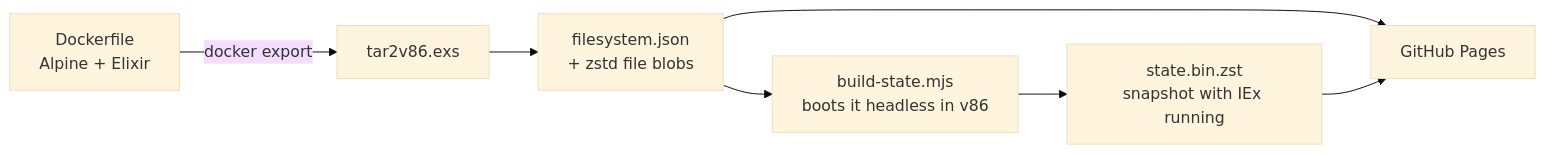
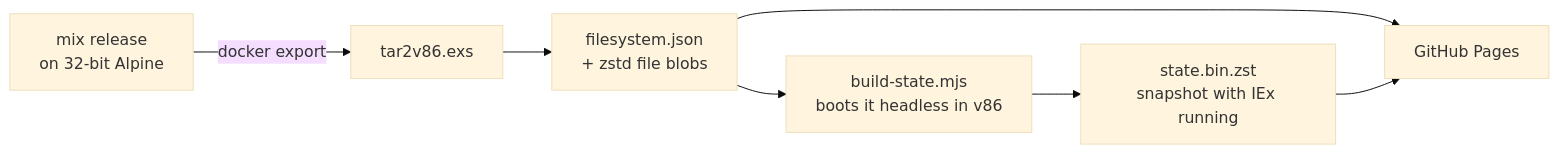
The diagram in README.md (filipecabaco/iex_wasm), drawn with Mermaid (base theme) before and after one commit. The commit also changed other lines of this file and 28 other files, not shown here.

Commit message:
Package the pipeline as beam_box: mix beam_box.build turns any release into a static v86 site

````diff
--- a/README.md
+++ b/README.md
@@ -33,9 +33,9 @@
 ```mermaid
 flowchart LR
-    D[Dockerfile<br/>Alpine + Elixir] -->|docker export| T[tar2v86.exs]
+    D[mix release<br/>on 32-bit Alpine] -->|docker export| T[tar2v86.exs]
     T --> FS[filesystem.json<br/>+ zstd file blobs]
     FS --> B[build-state.mjs<br/>boots it headless in v86]
     B --> S[state.bin.zst<br/>snapshot with IEx running]
     FS --> P[GitHub Pages]
     S --> P
 ```
````
